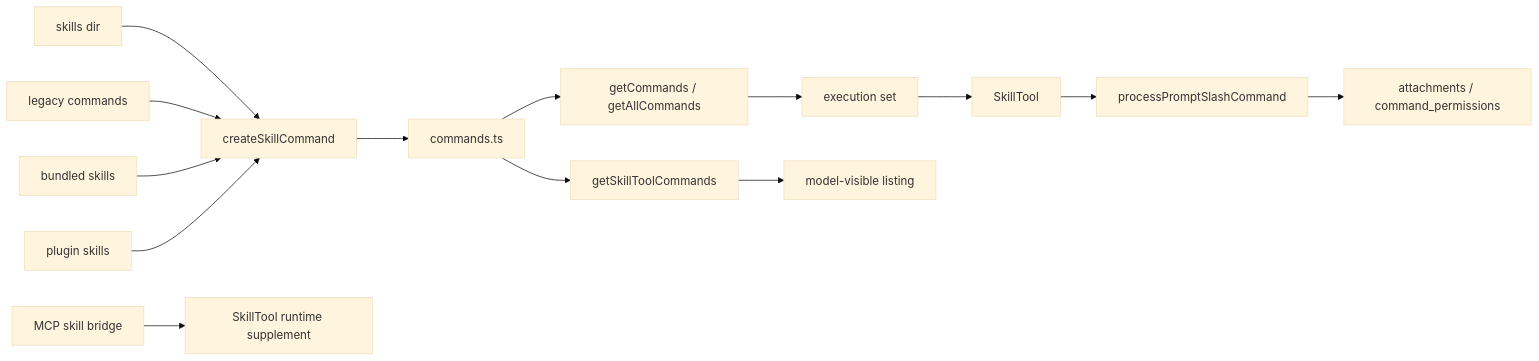
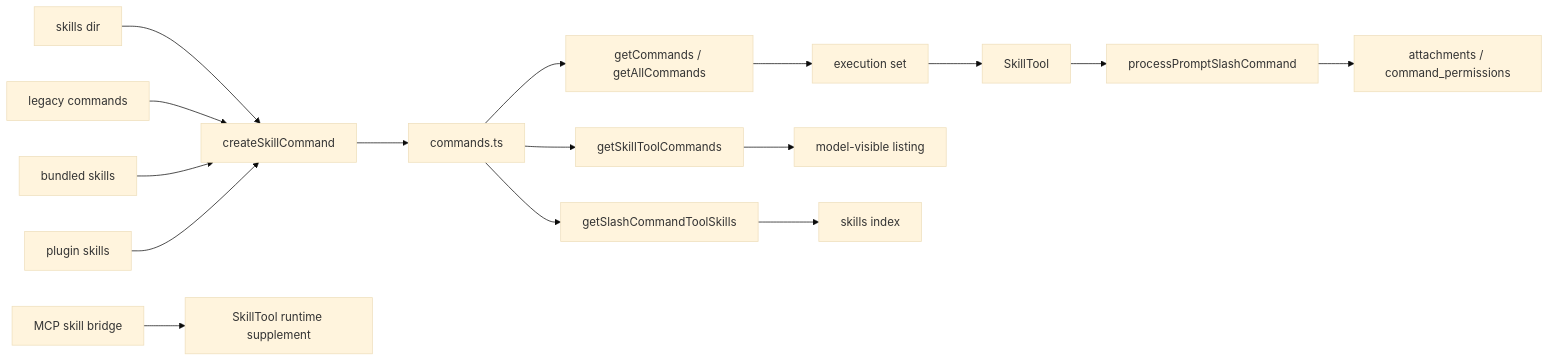
One commit to Boulea7/ClaudeCode-Source-DeepDive changed the diagram in PROMPTS/skills-and-command-injection.md. Above: the diagram before and after it, drawn with Mermaid (base theme). The commit also changed other lines of this file and 7 other files, not shown here.

````diff
--- a/PROMPTS/skills-and-command-injection.md
+++ b/PROMPTS/skills-and-command-injection.md
@@ -149,16 +157,18 @@
 ```mermaid
 flowchart LR
     A[skills dir] --> E[createSkillCommand]
     B[legacy commands] --> E
     C[bundled skills] --> E
     D[plugin skills] --> E
     F[MCP skill bridge] --> G[SkillTool runtime supplement]
     E --> H[commands.ts]
     H --> I[getCommands / getAllCommands]
     H --> J[getSkillToolCommands]
-    I --> K[execution set]
-    J --> L[model-visible listing]
-    K --> M[SkillTool]
-    M --> N[processPromptSlashCommand]
-    N --> O[attachments / command_permissions]
+    H --> K[getSlashCommandToolSkills]
+    I --> L[execution set]
+    J --> M[model-visible listing]
+    K --> N[skills index]
+    L --> O[SkillTool]
+    O --> P[processPromptSlashCommand]
+    P --> Q[attachments / command_permissions]
 ```
````
